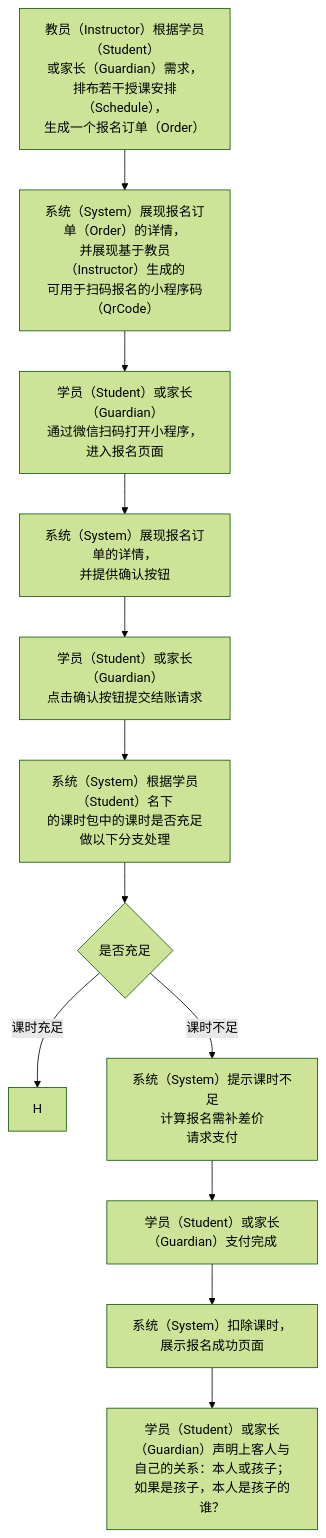
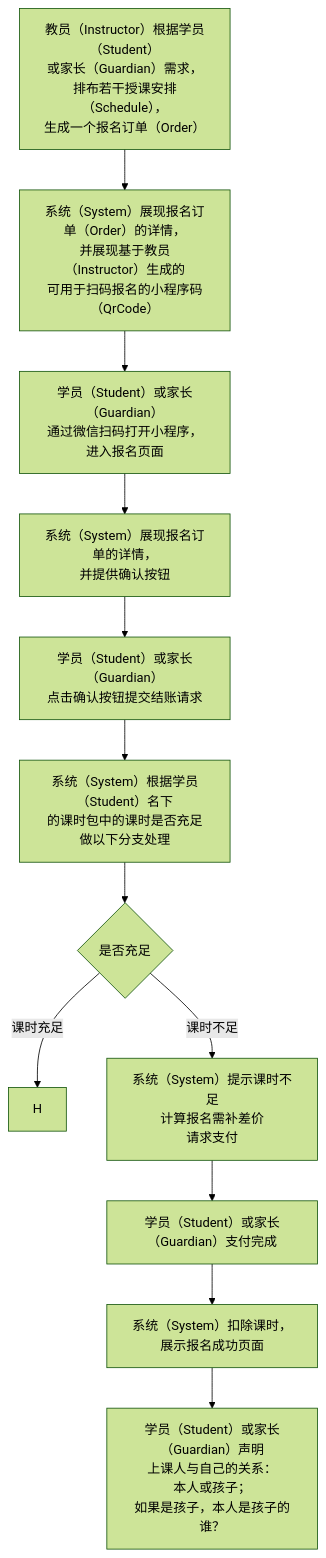
One commit to world-wide-web/sign changed the diagram in 用例/报名.md. Above: the diagram before and after it, drawn with Mermaid (forest theme). The commit also changed other lines of this file, not shown here.

Commit message:
用例/报名.md updated from https://stackedit.io/

````diff
--- a/用例/报名.md
+++ b/用例/报名.md
@@ -8,37 +8,37 @@
 ```mermaid
 graph TD
 
 生成报名订单-->生成报名码
 生成报名码-->扫码报名
 扫码报名-->展现报名订单
 展现报名订单-->确认并提交结账请求
 确认并提交结账请求-->检查课时数量
 检查课时数量-->判断课时数量
 判断课时数量--课时充足-->H
 判断课时数量--课时不足-->请求支付
 请求支付-->支付完成
 支付完成-->报名成功
 报名成功-->身份声明
 
 生成报名订单["<center>教员（Instructor）根据学员（Student）<br>或家长（Guardian）需求，<br>排布若干授课安排（Schedule），<br>生成一个报名订单（Order）</center>"]
 
 生成报名码["<center>系统（System）展现报名订单（Order）的详情，<br>并展现基于教员（Instructor）生成的<br>可用于扫码报名的小程序码（QrCode）</center>"]
 
 扫码报名["<center>学员（Student）或家长（Guardian）<br>通过微信扫码打开小程序，进入报名页面</center>"]
 
 展现报名订单["<center>系统（System）展现报名订单的详情，<br>并提供确认按钮</center>"]
 
 确认并提交结账请求["<center>学员（Student）或家长（Guardian）<br>点击确认按钮提交结账请求</center>"]
 
 检查课时数量["<center>系统（System）根据学员（Student）名下<br>的课时包中的课时是否充足做以下分支处理</center>"]
 
 判断课时数量{"<center>是否充足</center>"}
 
 请求支付["<center>系统（System）提示课时不足<br>计算报名需补差价<br>请求支付</center>"]
 
 支付完成["<center>学员（Student）或家长（Guardian）支付完成</center>"]
 
 报名成功["<center>系统（System）扣除课时，展示报名成功页面</center>"]
 
-身份声明["<center>学员（Student）或家长（Guardian）声明上客人与自己的关系：本人或孩子；<br>如果是孩子，本人是孩子的谁？</center>"]
+身份声明["<center>学员（Student）或家长（Guardian）声明<br>上课人与自己的关系：<br>本人或孩子；<br>如果是孩子，本人是孩子的谁？</center>"]
 ```
````
